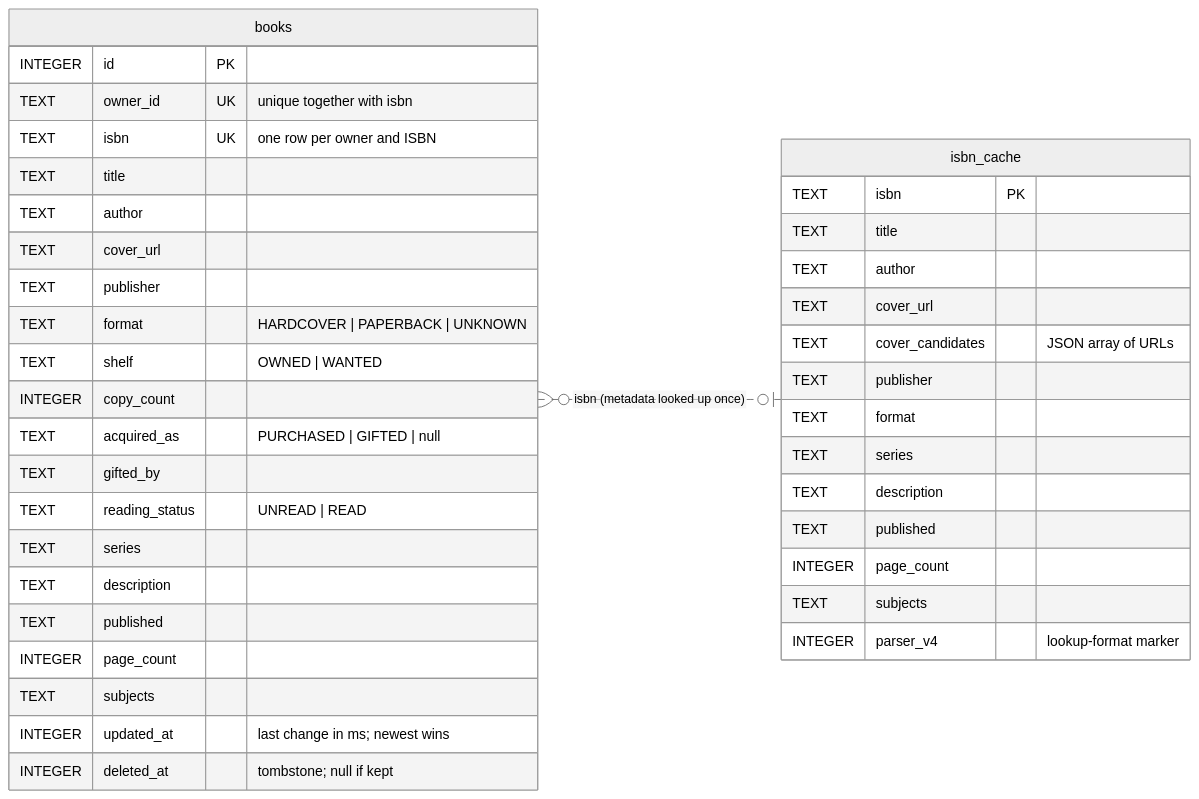
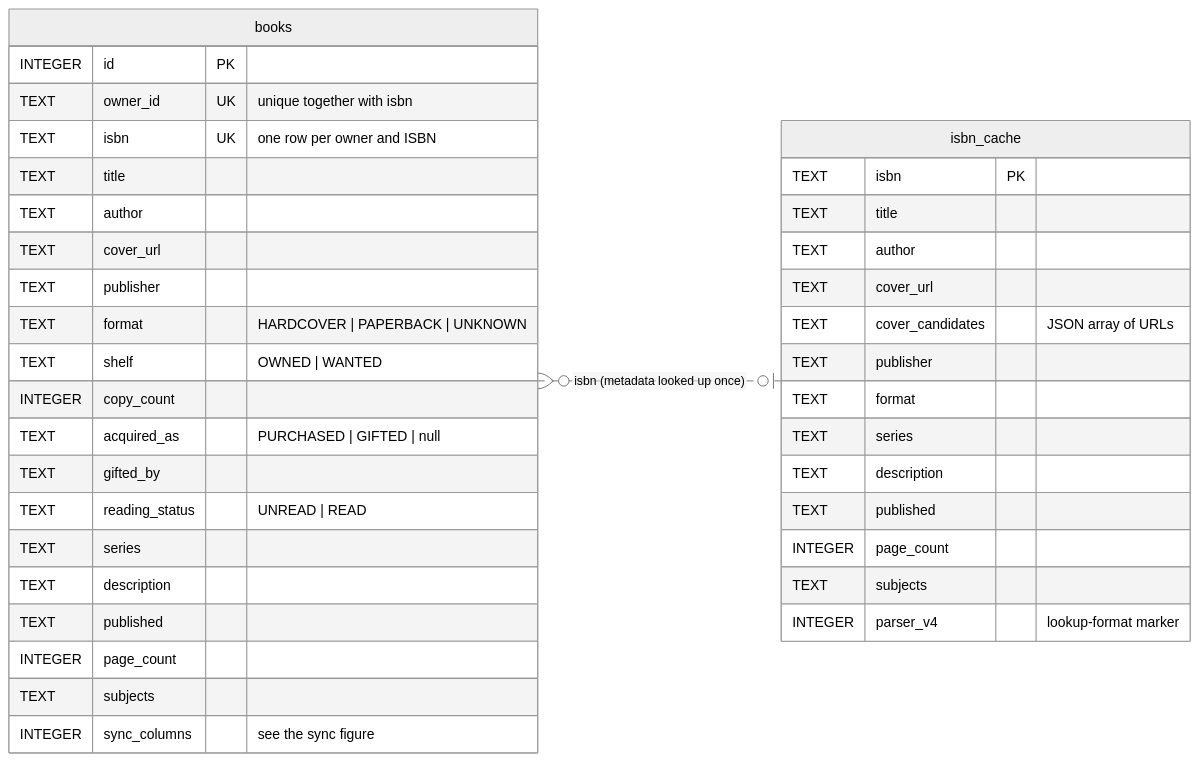
The diagram in docs/design/diagrams/data-model.mmd (ghechavarria/cen5064-project-hechavarria), drawn with Mermaid (neutral theme) before and after one commit. The commit also changed 19 other files, not shown here.

```diff
--- a/docs/design/diagrams/data-model.mmd
+++ b/docs/design/diagrams/data-model.mmd
@@ -1,40 +1,39 @@
 erDiagram
     direction LR
     books {
         INTEGER id PK
         TEXT owner_id UK "unique together with isbn"
         TEXT isbn UK "one row per owner and ISBN"
         TEXT title
         TEXT author
         TEXT cover_url
         TEXT publisher
         TEXT format "HARDCOVER | PAPERBACK | UNKNOWN"
         TEXT shelf "OWNED | WANTED"
         INTEGER copy_count
         TEXT acquired_as "PURCHASED | GIFTED | null"
         TEXT gifted_by
         TEXT reading_status "UNREAD | READ"
         TEXT series
         TEXT description
         TEXT published
         INTEGER page_count
         TEXT subjects
-        INTEGER updated_at "last change in ms; newest wins"
-        INTEGER deleted_at "tombstone; null if kept"
+        INTEGER sync_columns "see the sync figure"
     }
     isbn_cache {
         TEXT isbn PK
         TEXT title
         TEXT author
         TEXT cover_url
         TEXT cover_candidates "JSON array of URLs"
         TEXT publisher
         TEXT format
         TEXT series
         TEXT description
         TEXT published
         INTEGER page_count
         TEXT subjects
         INTEGER parser_v4 "lookup-format marker"
     }
     books }o..o| isbn_cache : "isbn (metadata looked up once)"
```
